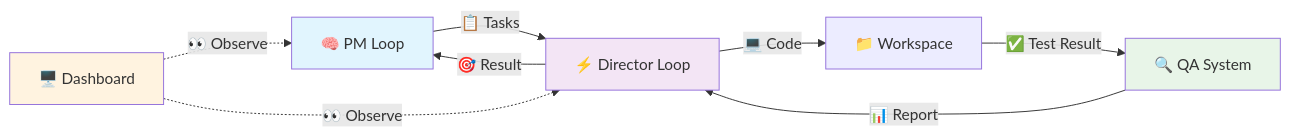
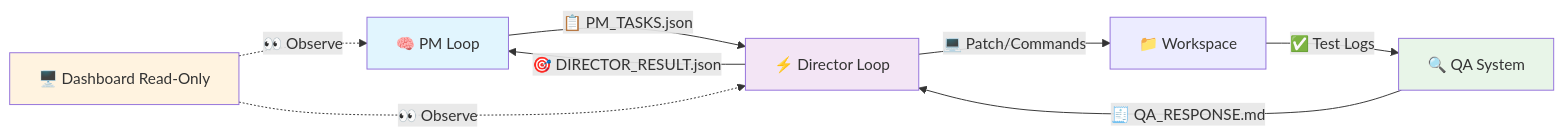
One commit to dainsiahtill-dev/HarborPilot changed the diagram in README.md. Above: the diagram before and after it, drawn with Mermaid. The commit also changed other lines of this file and 67 other files, not shown here.

````diff
--- a/README.md
+++ b/README.md
@@ -86,15 +166,16 @@
 ```mermaid
 graph LR
-    PM[🧠 PM Loop] -->|📋 Tasks| Dir[⚡ Director Loop]
-    Dir -->|💻 Code| Repo[📁 Workspace]
-    Repo -->|✅ Test Result| QA[🔍 QA System]
-    QA -->|📊 Report| Dir
-    Dir -->|🎯 Result| PM
-    User[🖥️ Dashboard] -.->|👀 Observe| PM
-    User -.->|👀 Observe| Dir
+    PM[🧠 PM Loop] -->|📋 PM_TASKS.json| Dir[⚡ Director Loop]
+    Dir -->|💻 Patch/Commands| Repo[📁 Workspace]
+    Repo -->|✅ Test Logs| QA[🔍 QA System]
+    QA -->|🧾 QA_RESPONSE.md| Dir
+    Dir -->|🎯 DIRECTOR_RESULT.json| PM
+
+    UI[🖥️ Dashboard Read-Only] -.->|👀 Observe| PM
+    UI -.->|👀 Observe| Dir
 
     style PM fill:#e1f5fe
     style Dir fill:#f3e5f5
     style QA fill:#e8f5e8
-    style User fill:#fff3e0
+    style UI fill:#fff3e0
 ```
````
